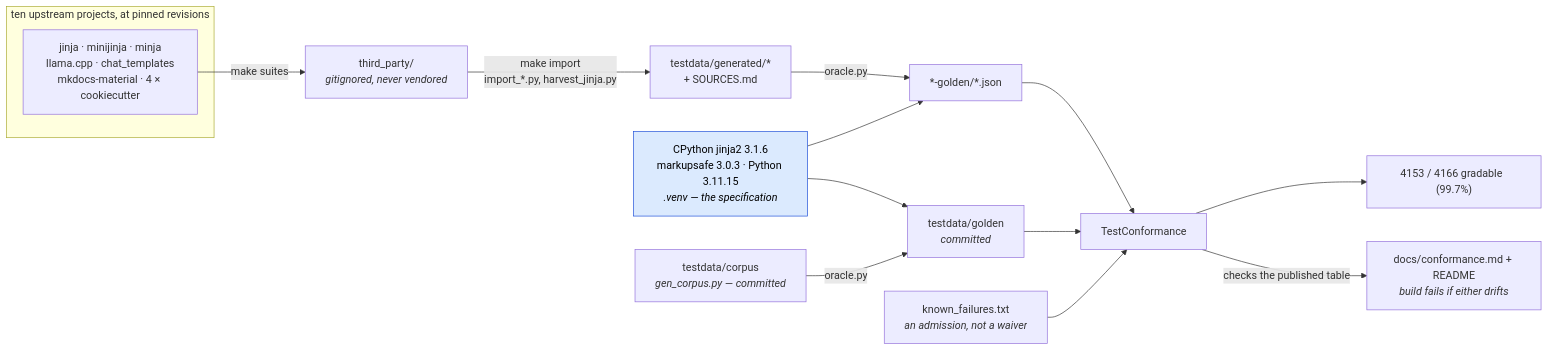
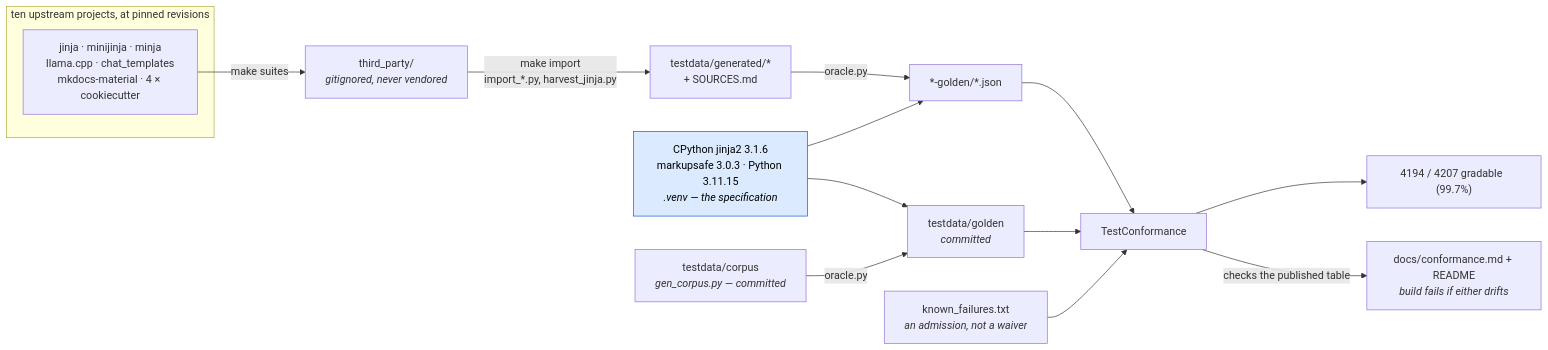
Before and after one commit to mgilbir/gojja2: the first of 2 diagrams in docs/conformance.md, drawn with Mermaid. The commit also changed other lines of this file and 89 other files, not shown here.

````diff
--- a/docs/conformance.md
+++ b/docs/conformance.md
@@ -17,24 +17,24 @@
 ```mermaid
 flowchart LR
     subgraph up["ten upstream projects, at pinned revisions"]
         U1["jinja · minijinja · minja<br/>llama.cpp · chat_templates<br/>mkdocs-material · 4 × cookiecutter"]
     end
     U1 -->|"make suites"| TP["third_party/<br/><i>gitignored, never vendored</i>"]
     TP -->|"make import<br/>import_*.py, harvest_jinja.py"| GEN["testdata/generated/*<br/>+ SOURCES.md"]
 
     ORA["CPython jinja2 3.1.6<br/>markupsafe 3.0.3 · Python 3.11.15<br/><i>.venv — the specification</i>"]
     GEN -->|"oracle.py"| G2["*-golden/*.json"]
     ORA --> G2
 
     OWN["testdata/corpus<br/><i>gen_corpus.py — committed</i>"] -->|"oracle.py"| G1["testdata/golden<br/><i>committed</i>"]
     ORA --> G1
 
     G1 --> TC["TestConformance"]
     G2 --> TC
     KF["known_failures.txt<br/><i>an admission, not a waiver</i>"] --> TC
-    TC --> RATE["4153 / 4166 gradable  (99.7%)"]
+    TC --> RATE["4194 / 4207 gradable  (99.7%)"]
     TC -->|"checks the published table"| RM["docs/conformance.md + README<br/><i>build fails if either drifts</i>"]
 
     classDef spec fill:#dbeafe,stroke:#1d4ed8,color:#000
     class ORA spec
 ```
````
